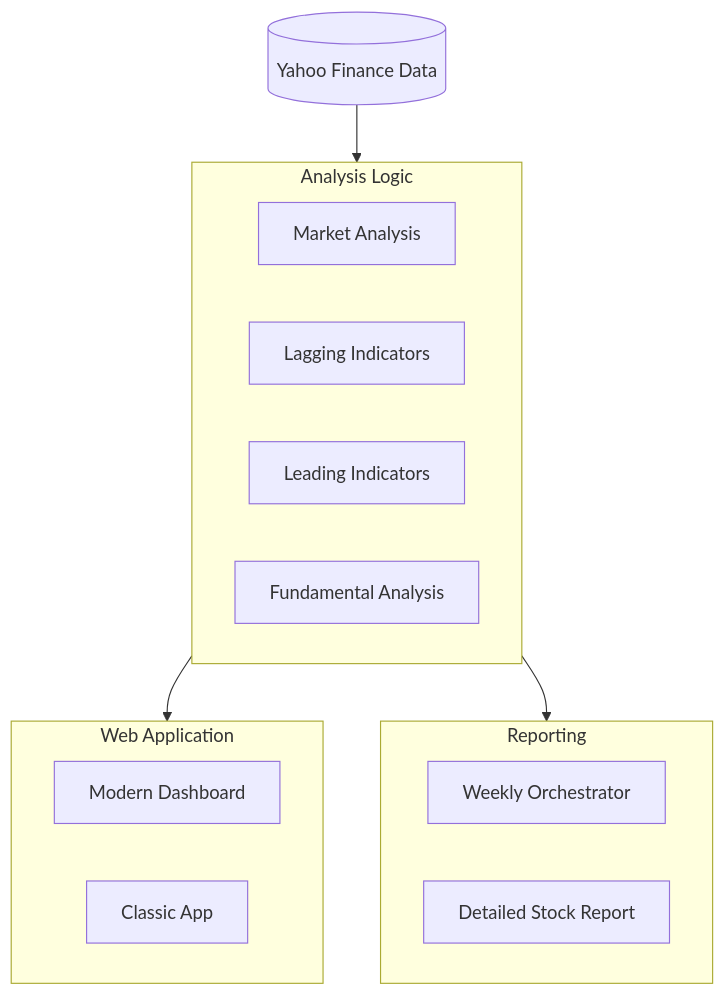
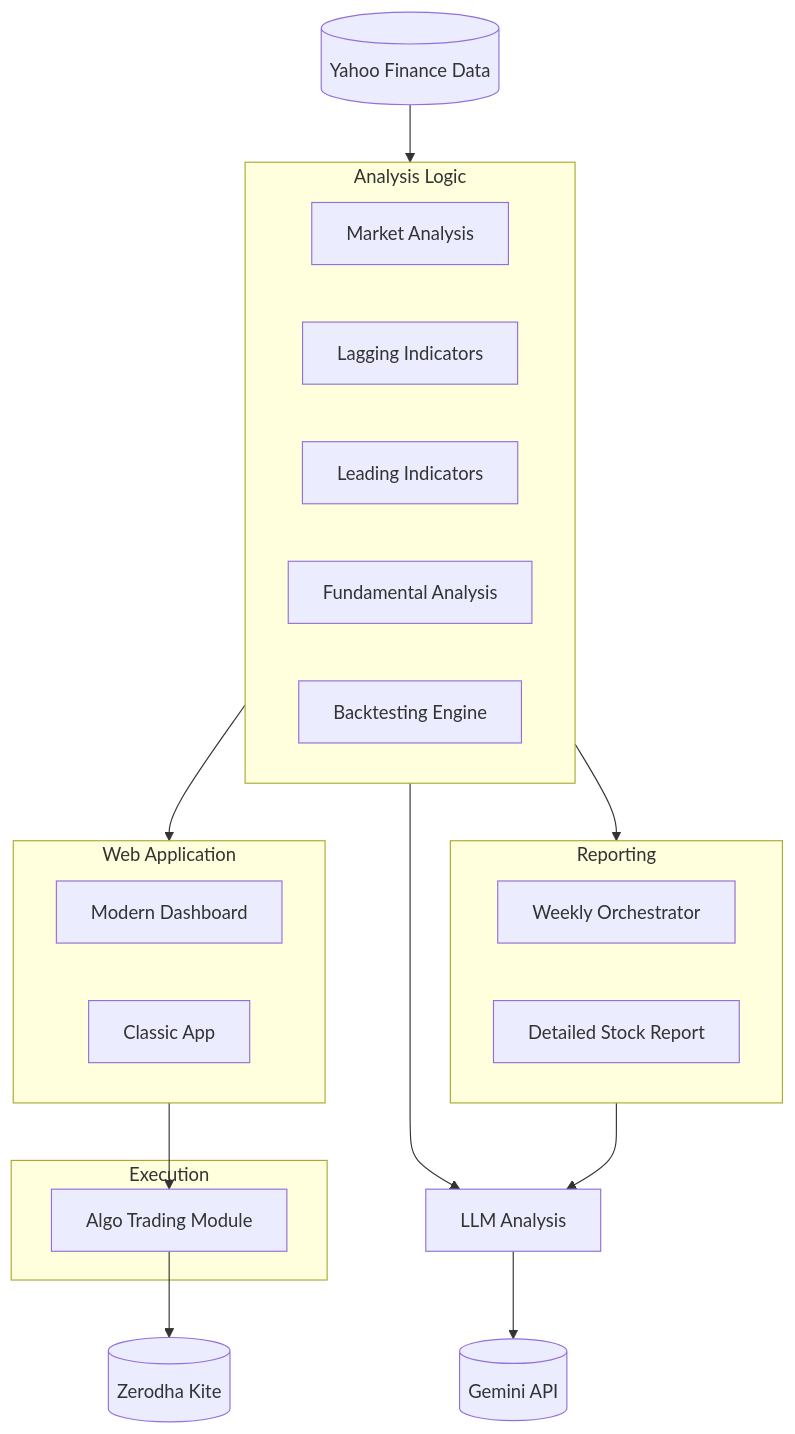
One commit to anshulsolanki/stock_research changed the diagram in README.md. Above: the diagram before and after it, drawn with Mermaid. The commit also changed other lines of this file, not shown here.

Commit message:
docs: update main README with recent features (LLM, backtesting, algo trading)

````diff
--- a/README.md
+++ b/README.md
@@ -25,24 +28,36 @@
 ```mermaid
 graph TD
     Data[(Yahoo Finance Data)] --> Analysis[Analysis Modules]
     
     subgraph Analysis [Analysis Logic]
         Market[Market Analysis]
         Lagging[Lagging Indicators]
         Leading[Leading Indicators]
         Fund[Fundamental Analysis]
+        Backtest[Backtesting Engine]
     end
     
     Analysis --> WebUI[Web Interface]
     Analysis --> PDF[Automated Reports]
+    Analysis --> LLM[LLM Analysis]
     
     subgraph WebUI [Web Application]
         Dashboard[Modern Dashboard]
         Classic[Classic App]
     end
     
     subgraph PDF [Reporting]
         Weekly[Weekly Orchestrator]
         StockReport[Detailed Stock Report]
     end
+
+    PDF --> LLM
+    LLM --> Gemini[(Gemini API)]
+    
+    subgraph Trading [Execution]
+        Algo[Algo Trading Module]
+    end
+    
+    WebUI --> Algo
+    Algo --> Zerodha[(Zerodha Kite)]
 ```
````
